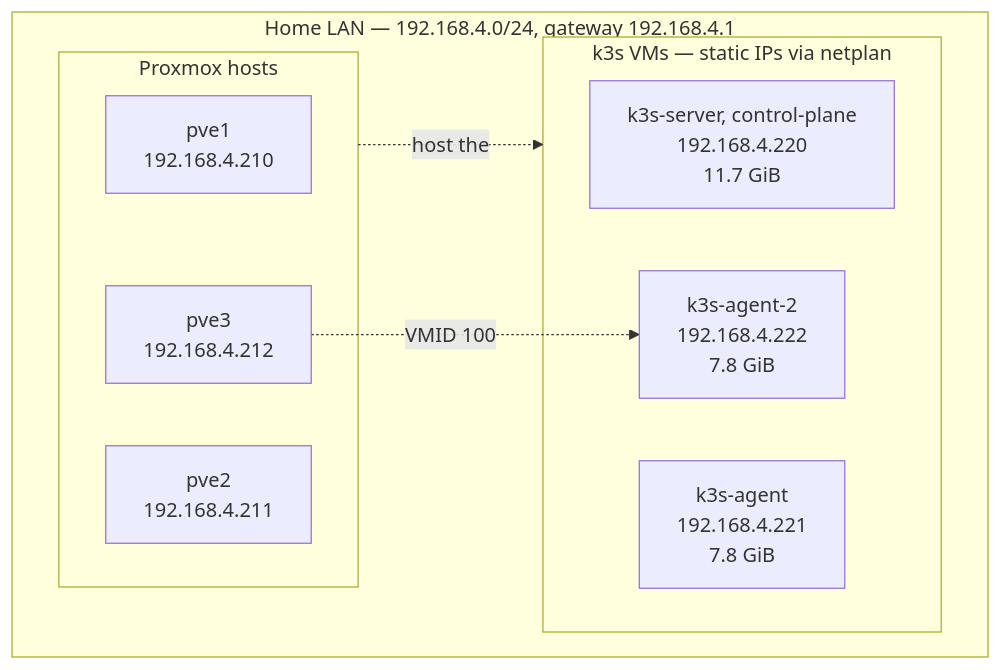
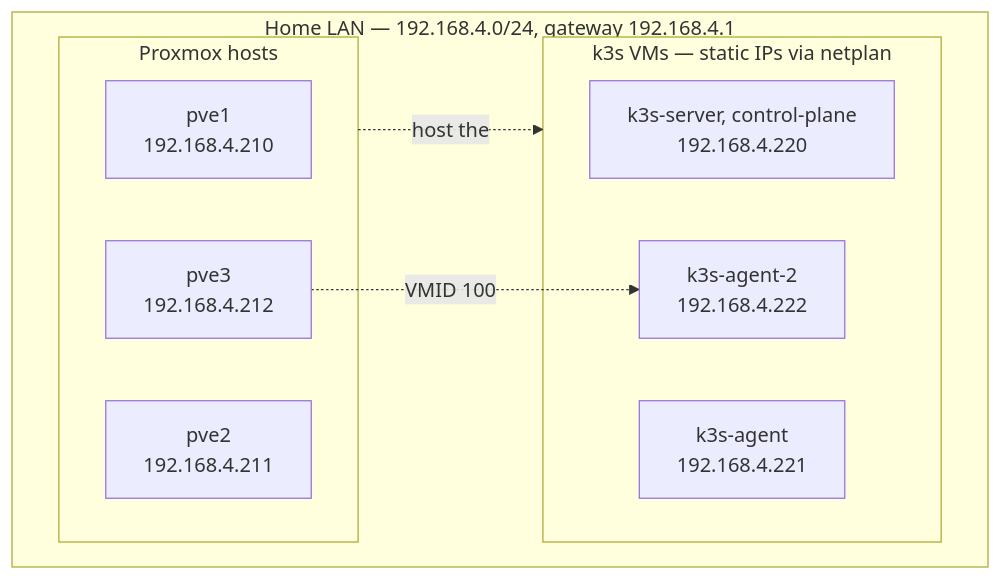
Before and after one commit to AmanHogan/kubenex: the first of 4 diagrams in docs/homelab.md, drawn with Mermaid.

Commit message:
docs: drop per-VM memory sizes missed by the earlier trim
The previous pass removed host hardware models and the 16 GB host annotation
but left the per-VM memory on the k3s nodes in the topology diagram.

````diff
--- a/docs/homelab.md
+++ b/docs/homelab.md
@@ -28,19 +28,19 @@
 ```mermaid
 flowchart TB
   subgraph LAN["Home LAN — 192.168.4.0/24, gateway 192.168.4.1"]
     subgraph HOSTS["Proxmox hosts"]
       P1["pve1<br/>192.168.4.210"]
       P2["pve2<br/>192.168.4.211"]
       P3["pve3<br/>192.168.4.212"]
     end
 
     subgraph VMS["k3s VMs — static IPs via netplan"]
-      SRV["k3s-server, control-plane<br/>192.168.4.220<br/>11.7 GiB"]
-      AG1["k3s-agent<br/>192.168.4.221<br/>7.8 GiB"]
-      AG2["k3s-agent-2<br/>192.168.4.222<br/>7.8 GiB"]
+      SRV["k3s-server, control-plane<br/>192.168.4.220"]
+      AG1["k3s-agent<br/>192.168.4.221"]
+      AG2["k3s-agent-2<br/>192.168.4.222"]
     end
   end
 
   P3 -. "VMID 100" .-> AG2
   HOSTS -.->|"host the"| VMS
 ```
````
